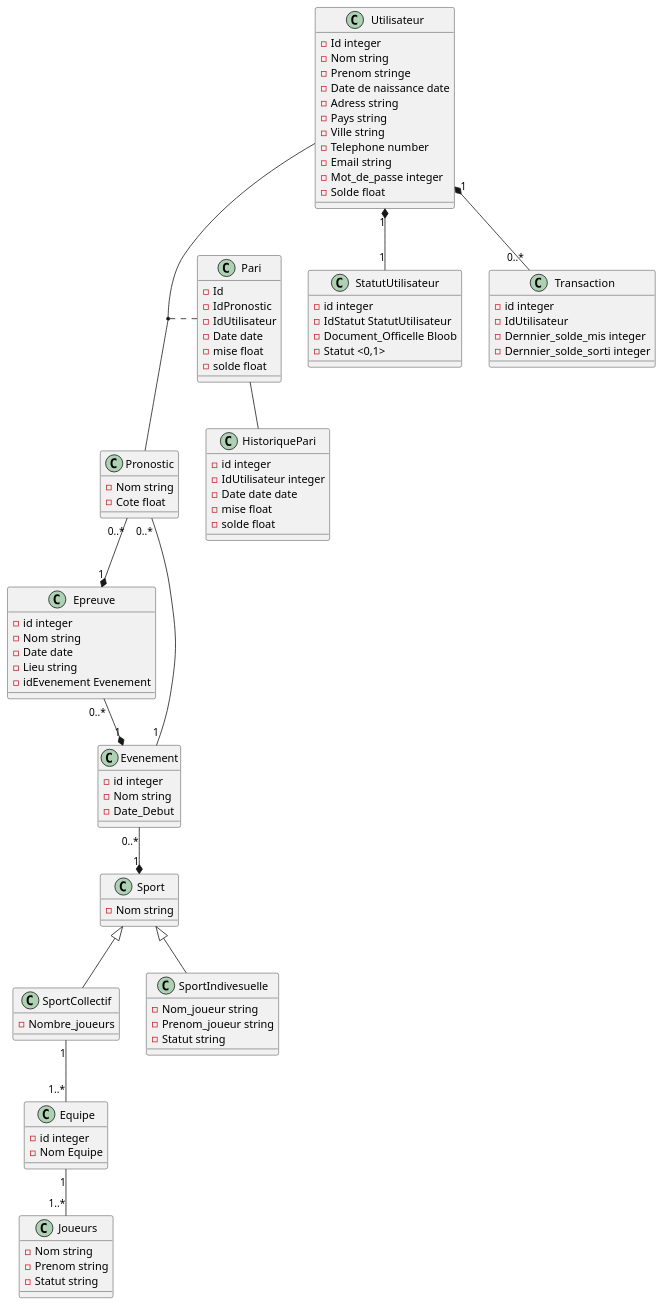
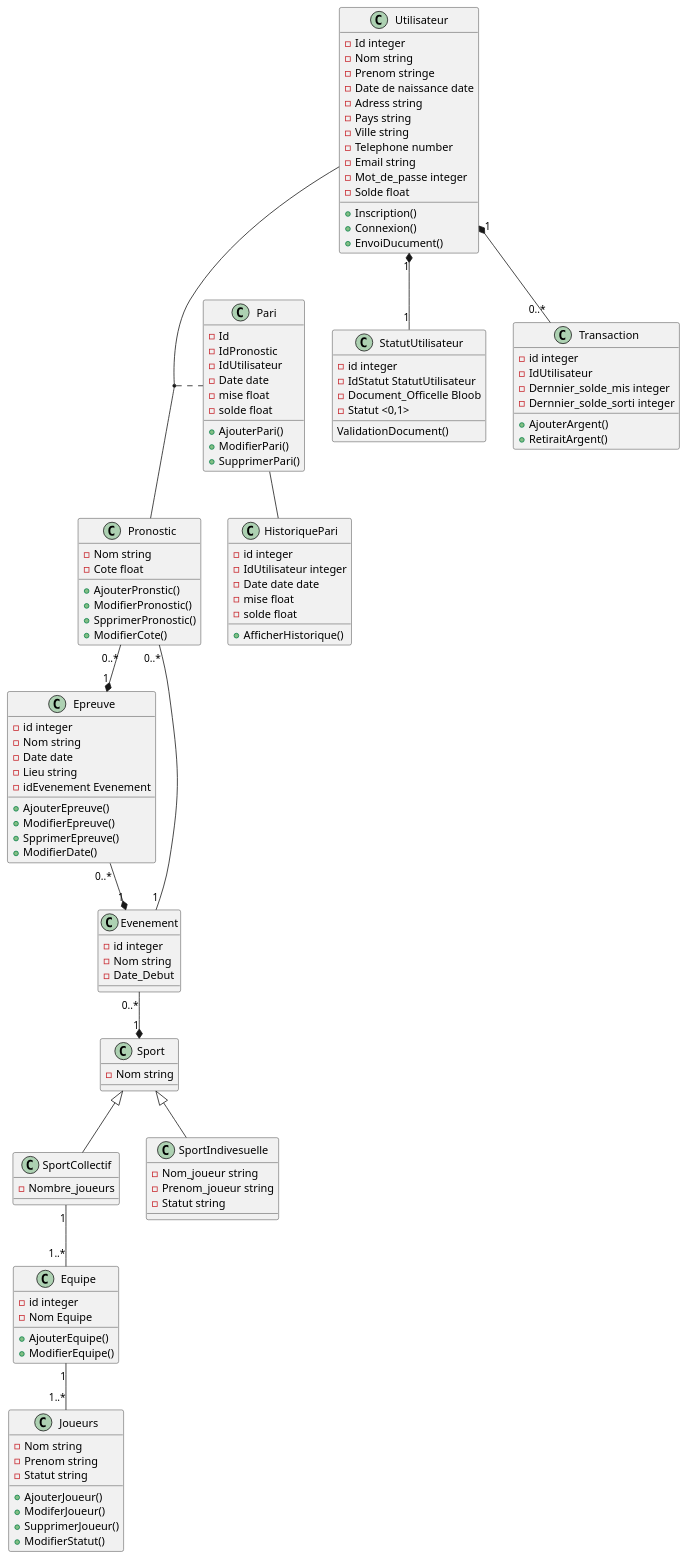
Before and after one commit to OFP-CDA-Mulhouse-2020/parisportif4: the diagram in pariSportif.puml, drawn with PlantUML. The commit also changed 1 other file, not shown here.

```diff
--- a/pariSportif.puml
+++ b/pariSportif.puml
@@ -1,103 +1,134 @@
 @startuml
 
 class Utilisateur {
     - Id integer
     - Nom string
     - Prenom stringe
     - Date de naissance date
     - Adress string
     - Pays string
     - Ville string
     - Telephone number
     - Email string
     - Mot_de_passe integer
     - Solde float
 
-
+    + Inscription()
+    + Connexion()
+    + EnvoiDucument()
 }
 class StatutUtilisateur {
     - id integer
     - IdStatut StatutUtilisateur
     - Document_Officelle Bloob
     - Statut <0,1>
+
+    ValidationDocument()
 }
 
 class Transaction {
     - id integer
     - IdUtilisateur
     - Dernnier_solde_mis integer
     - Dernnier_solde_sorti integer
+
+    + AjouterArgent()
+    + RetiraitArgent()
 }
 
 class Pari {
     - Id
     - IdPronostic
     - IdUtilisateur
     - Date date
     - mise float
     - solde float
+
+    + AjouterPari()
+    + ModifierPari()
+    + SupprimerPari()
 }
 
 
 class Pronostic {
     - Nom string
     - Cote float
+
+    + AjouterPronstic()
+    + ModifierPronostic()
+    + SpprimerPronostic()
+    + ModifierCote()
 }
 
 class Epreuve {
     - id integer
     - Nom string
     - Date date
     - Lieu string
     - idEvenement Evenement
+
+    + AjouterEpreuve()
+    + ModifierEpreuve()
+    + SpprimerEpreuve()
+    + ModifierDate()
 }
 
 class Evenement {
     - id integer
     - Nom string
     - Date_Debut
 }
 
 class Sport {
     - Nom string
 }
 class SportCollectif {
     - Nombre_joueurs
 }
 class Equipe {
     - id integer
     - Nom Equipe
+
+    + AjouterEquipe()
+    + ModifierEquipe()
 }
 class Joueurs {
     - Nom string
     - Prenom string
     - Statut string
+
+    + AjouterJoueur()
+    + ModiferJoueur()
+    + SupprimerJoueur()
+    + ModifierStatut()
 }
 
 class SportIndivesuelle {
     - Nom_joueur string
     - Prenom_joueur string
     - Statut string
 }
 class HistoriquePari {
     - id integer
     - IdUtilisateur integer
     - Date date date
     - mise float
     - solde float
+
+    + AfficherHistorique()
 }
 
 
 (Utilisateur, Pronostic) . Pari
 Utilisateur "1" *-- "0..*" Transaction
 Utilisateur "1" *-- "1" StatutUtilisateur
 Pronostic "0..*" --* "1" Epreuve
 Epreuve "0..*" --* "1" Evenement
 Evenement "0..*" --* "1" Sport
 Pronostic "0..*" -- "1" Evenement
 Sport <|-- SportIndivesuelle
 Sport <|-- SportCollectif
 SportCollectif "1" -- "1..*" Equipe
 Equipe "1" -- "1..*" Joueurs
 Pari -- HistoriquePari
 @enduml
```
